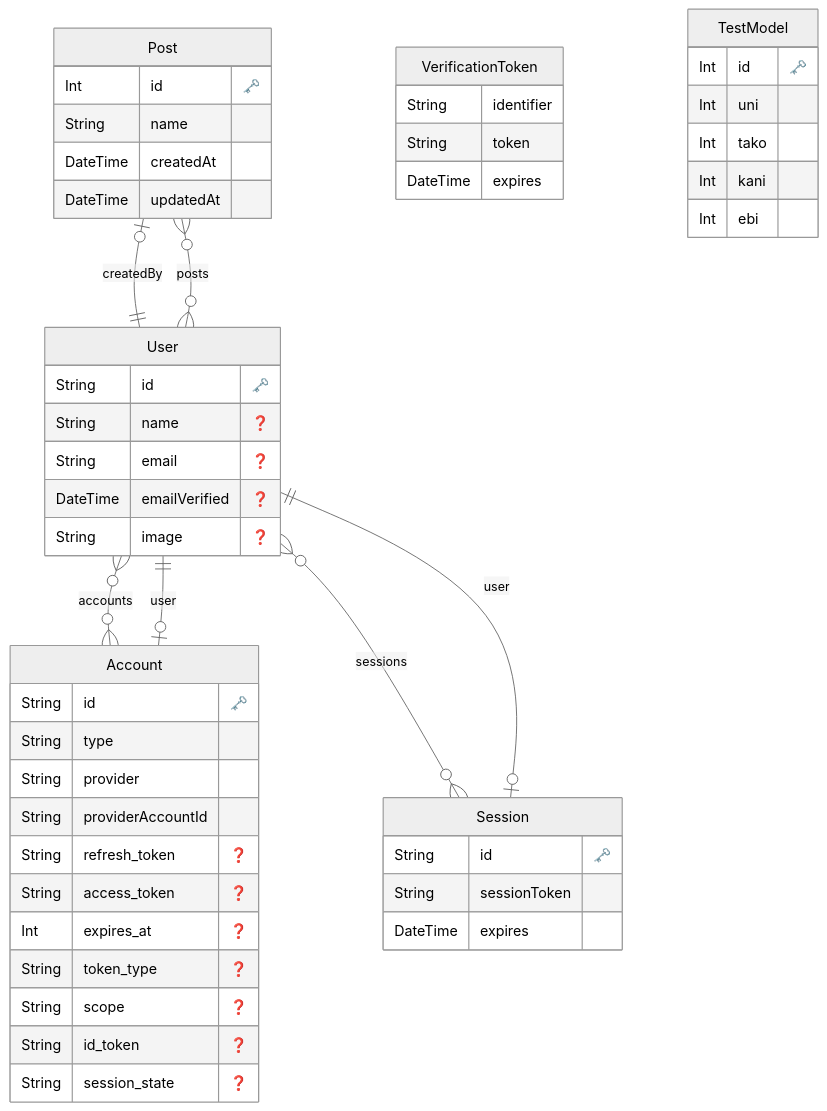
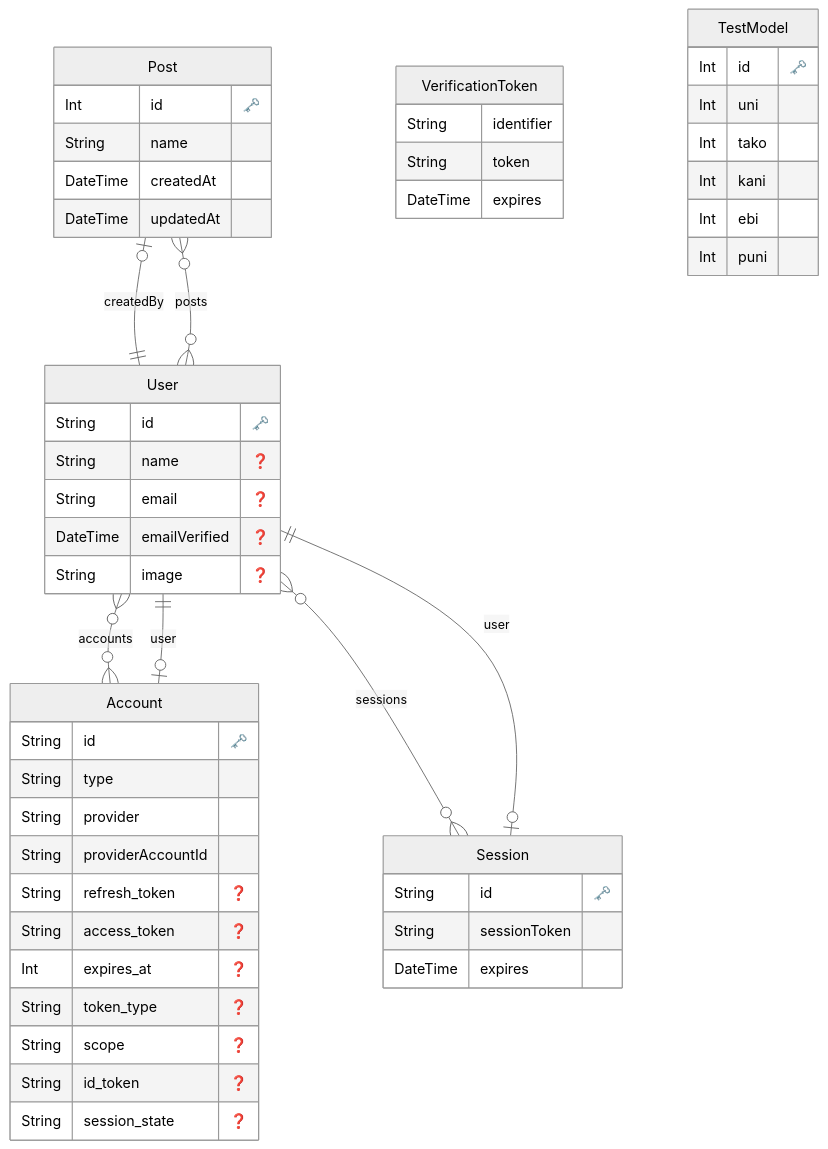
Before and after one commit to mhatanorks/enthub: the diagram in prisma/ERD.md, drawn with Mermaid (neutral theme). The commit also changed 2 other files, not shown here.

Commit message:
check schema ci2

````diff
--- a/prisma/ERD.md
+++ b/prisma/ERD.md
@@ -1,64 +1,65 @@
 ```mermaid
 erDiagram
 
   "Post" {
     Int id "🗝️"
     String name 
     DateTime createdAt 
     DateTime updatedAt 
     }
   
 
   "Account" {
     String id "🗝️"
     String type 
     String provider 
     String providerAccountId 
     String refresh_token "❓"
     String access_token "❓"
     Int expires_at "❓"
     String token_type "❓"
     String scope "❓"
     String id_token "❓"
     String session_state "❓"
     }
   
 
   "Session" {
     String id "🗝️"
     String sessionToken 
     DateTime expires 
     }
   
 
   "User" {
     String id "🗝️"
     String name "❓"
     String email "❓"
     DateTime emailVerified "❓"
     String image "❓"
     }
   
 
   "VerificationToken" {
     String identifier 
     String token 
     DateTime expires 
     }
   
 
   "TestModel" {
     Int id "🗝️"
     Int uni 
     Int tako 
     Int kani 
     Int ebi 
+    Int puni 
     }
   
     "Post" o|--|| "User" : "createdBy"
     "Account" o|--|| "User" : "user"
     "Session" o|--|| "User" : "user"
     "User" o{--}o "Account" : "accounts"
     "User" o{--}o "Session" : "sessions"
     "User" o{--}o "Post" : "posts"
 ```
````
